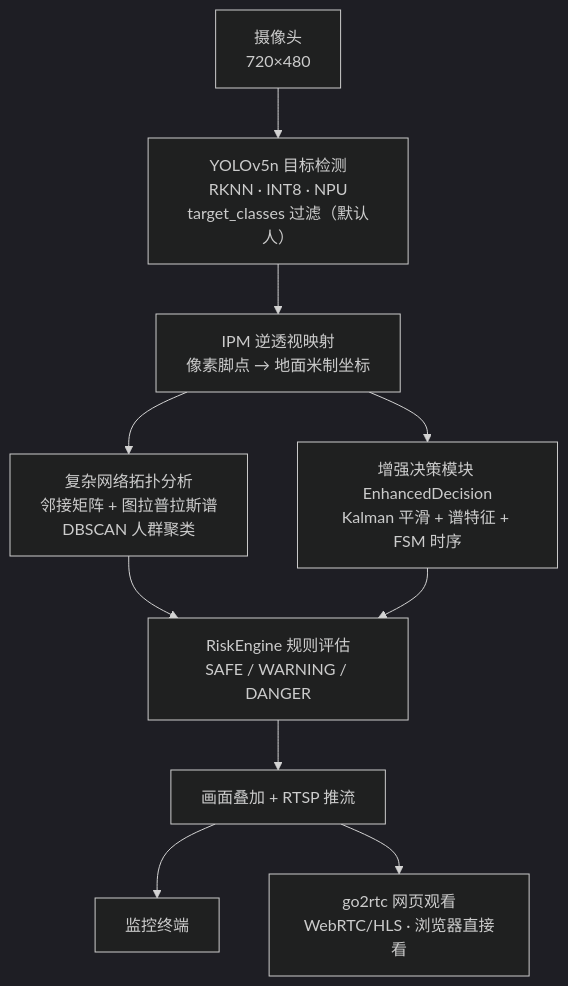
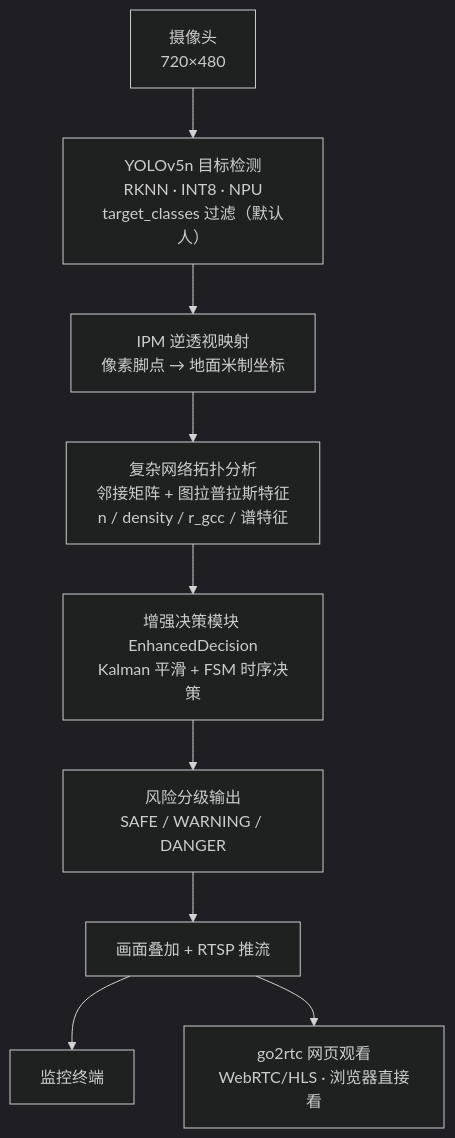
One commit to Liao0429/pedestrian-risk-decision changed the diagram in README.md. Above: the diagram before and after it, drawn with Mermaid (dark theme). The commit also changed other lines of this file and 2 other files, not shown here.

Commit message:
docs: README 中英文同步最新代码状态——①补充真机性能（NEON 136→33ms、7.46FPS、长稳零重启）；②消融章节明确谱特征未接入（裁决不采纳）；③移除已下架文档引用（AI_needle2_analysis）；④新增工作日志索引；⑤修正特性/架构/部署说明（DBSCAN/ByteTrack/EMA 标注为独立模块）；⑥工作日志补充今日全部改动记录

````diff
--- a/README.md
+++ b/README.md
@@ -22,12 +23,11 @@
 ```mermaid
 graph TD
  A[摄像头<br/>720×480] --> B["YOLOv5n 目标检测<br/>RKNN · INT8 · NPU<br/>target_classes 过滤（默认人）"]
  B --> C["IPM 逆透视映射<br/>像素脚点 → 地面米制坐标"]
- C --> D["复杂网络拓扑分析<br/>邻接矩阵 + 图拉普拉斯谱<br/>DBSCAN 人群聚类"]
- C --> E["增强决策模块 EnhancedDecision<br/>Kalman 平滑 + 谱特征 + FSM 时序"]
- D --> F["RiskEngine 规则评估<br/>SAFE / WARNING / DANGER"]
- E --> F
+ C --> D["复杂网络拓扑分析<br/>邻接矩阵 + 图拉普拉斯特征<br/>n / density / r_gcc / 谱特征"]
+ D --> E["增强决策模块 EnhancedDecision<br/>Kalman 平滑 + FSM 时序决策"]
+ E --> F["风险分级输出<br/>SAFE / WARNING / DANGER"]
  F --> G["画面叠加 + RTSP 推流"]
  G --> H[监控终端]
  G --> I["go2rtc 网页观看<br/>WebRTC/HLS · 浏览器直接看"]
 ```
````
